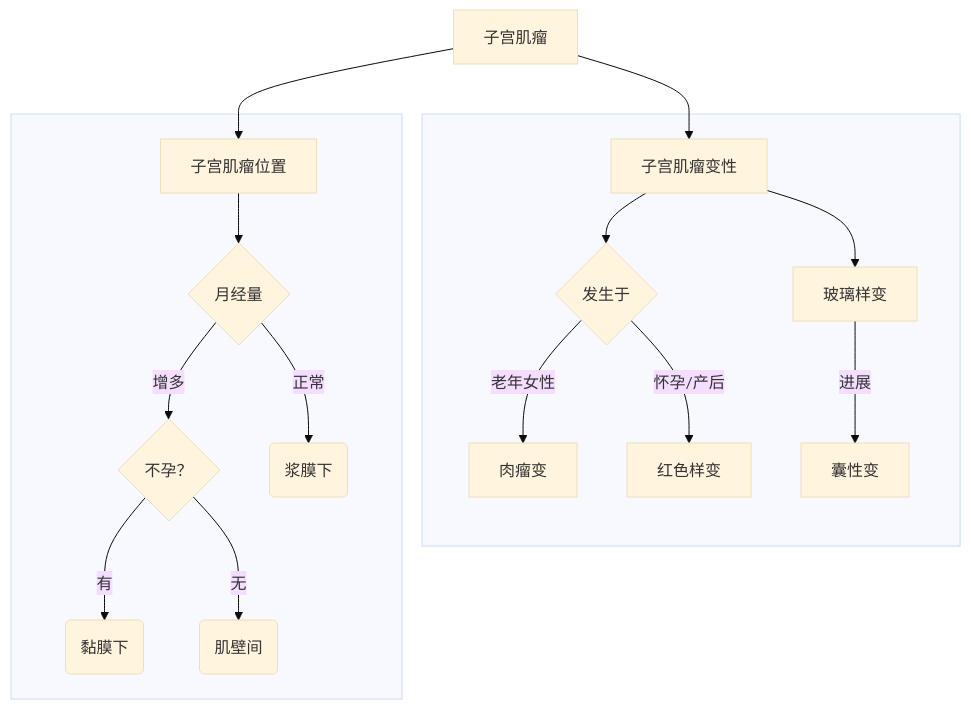
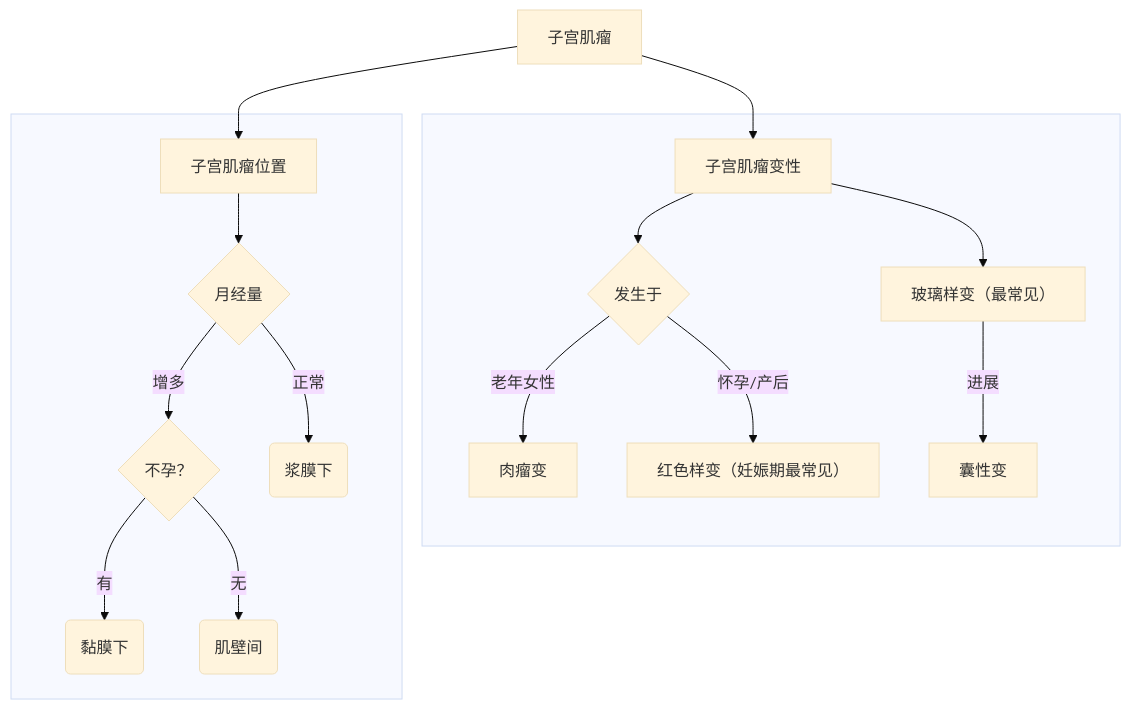
One commit to alohaia/homepage changed the first of 11 diagrams in content/series/妇产科学/_index.md. Above: the diagram before and after it, drawn with Mermaid (base theme). The commit also changed other lines of this file and 1 other file, not shown here.

````diff
--- a/content/series/妇产科学/_index.md
+++ b/content/series/妇产科学/_index.md
@@ -29,25 +29,25 @@
 ```mermaid
 flowchart TD
     A[子宫肌瘤]
 
     subgraph SG1[" "]
         bx[子宫肌瘤变性] --> B{发生于}
         B -- 老年女性 --> C[肉瘤变]
-        B -- 怀孕/产后 --> D[红色样变]
+        B -- 怀孕/产后 --> D[红色样变（妊娠期最常见）]
 
-        bx --> 玻璃样变 -- 进展 --> 囊性变
+        bx --> bl[玻璃样变（最常见）] -- 进展 --> 囊性变
     end
 
     subgraph SG2[" "]
         P[子宫肌瘤位置] --> MsFl{月经量}
         MsFl -- 增多 --> uP{不孕？}
         MsFl -- 正常 --> P1(浆膜下)
 
         uP --> |有| P2(黏膜下)
         uP --> |无| P3(肌壁间)
     end
 
 
     A --> bx
     A --> P
 ```
````
